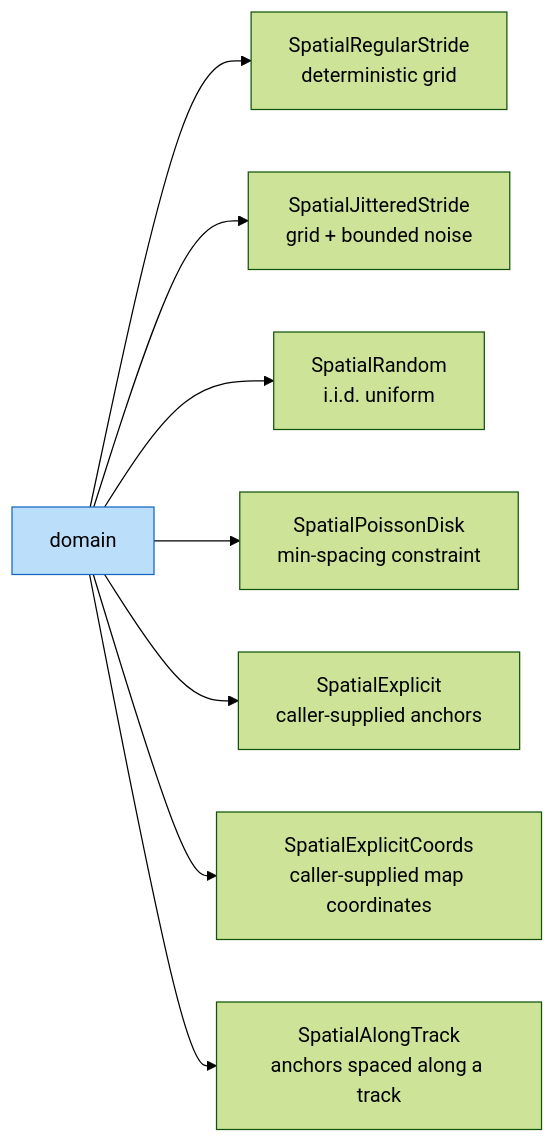
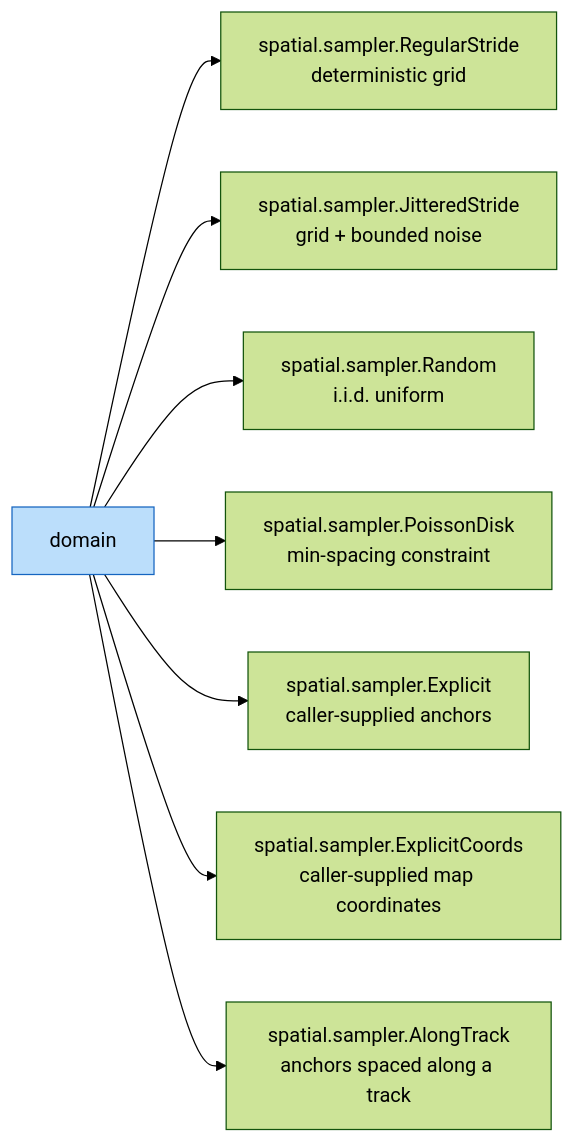
One commit to jejjohnson/geotoolz changed the third of 5 diagrams in docs/patcher/concepts.md. Above: the diagram before and after it, drawn with Mermaid (forest theme). The commit also changed other lines of this file and 204 other files, not shown here.

````diff
--- a/docs/patcher/concepts.md
+++ b/docs/patcher/concepts.md
@@ -55,11 +55,11 @@
 ```mermaid
 flowchart LR
-    Field[domain] --> RS[SpatialRegularStride<br/>deterministic grid]
-    Field --> JS[SpatialJitteredStride<br/>grid + bounded noise]
-    Field --> RND[SpatialRandom<br/>i.i.d. uniform]
-    Field --> PD[SpatialPoissonDisk<br/>min-spacing constraint]
-    Field --> EX[SpatialExplicit<br/>caller-supplied anchors]
-    Field --> EC[SpatialExplicitCoords<br/>caller-supplied map coordinates]
-    Field --> AT[SpatialAlongTrack<br/>anchors spaced along a track]
+    Field[domain] --> RS[spatial.sampler.RegularStride<br/>deterministic grid]
+    Field --> JS[spatial.sampler.JitteredStride<br/>grid + bounded noise]
+    Field --> RND[spatial.sampler.Random<br/>i.i.d. uniform]
+    Field --> PD[spatial.sampler.PoissonDisk<br/>min-spacing constraint]
+    Field --> EX[spatial.sampler.Explicit<br/>caller-supplied anchors]
+    Field --> EC[spatial.sampler.ExplicitCoords<br/>caller-supplied map coordinates]
+    Field --> AT[spatial.sampler.AlongTrack<br/>anchors spaced along a track]
     style Field fill:#bbdefb,stroke:#1565c0
 ```
````
